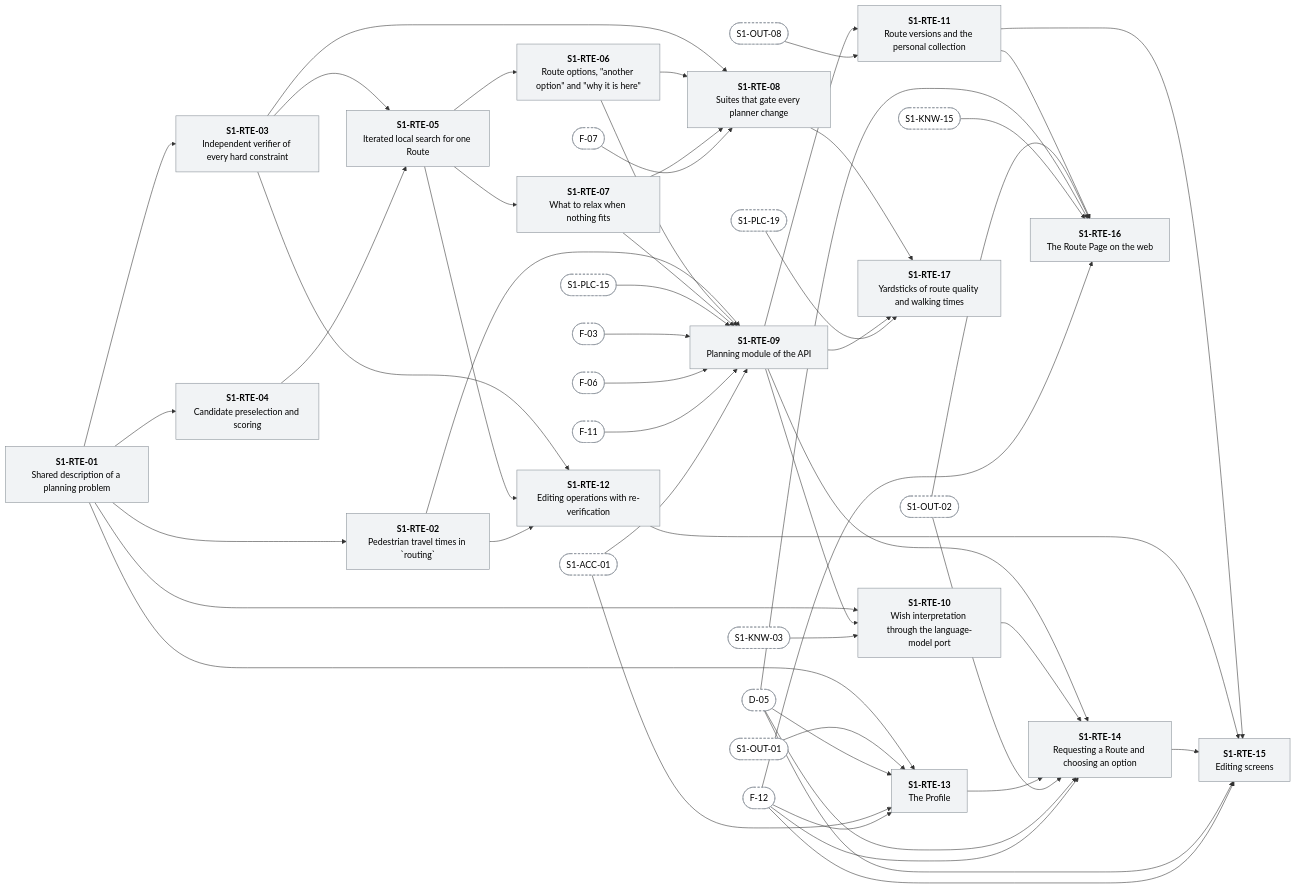
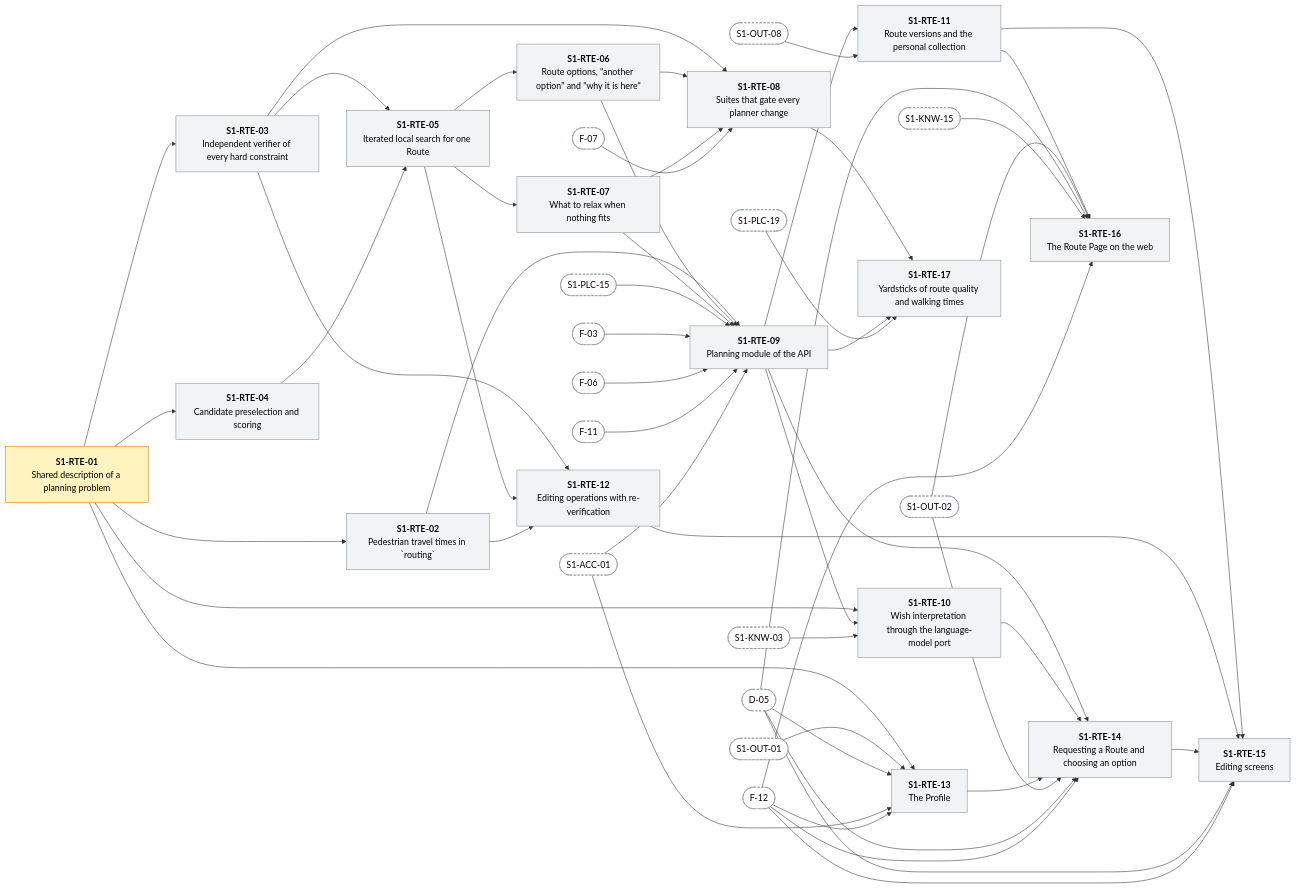
The eighth of 17 diagrams in docs/WORK-PLAN.md (menisika/Smart-Tour-Guide-and-Itinerary-Planner), drawn with Mermaid before and after one commit. The commit also changed other lines of this file, not shown here.

First line of the commit message:
docs(docs): claim the planning contract package

```diff
--- a/docs/WORK-PLAN.md
+++ b/docs/WORK-PLAN.md
@@ -2682,7 +2682,7 @@
   classDef blocked fill:#ffe3e3,stroke:#c92a2a,color:#000
   classDef todo fill:#f1f3f5,stroke:#868e96,color:#000
   classDef outside fill:#ffffff,stroke:#868e96,stroke-dasharray:4 3,color:#000
-  S1_RTE_01["<b>S1-RTE-01</b><br/>Shared description of a planning problem"]:::todo
+  S1_RTE_01["<b>S1-RTE-01</b><br/>Shared description of a planning problem"]:::progress
   S1_RTE_02["<b>S1-RTE-02</b><br/>Pedestrian travel times in `routing`"]:::todo
   S1_RTE_03["<b>S1-RTE-03</b><br/>Independent verifier of every hard constraint"]:::todo
   S1_RTE_04["<b>S1-RTE-04</b><br/>Candidate preselection and scoring"]:::todo
```
